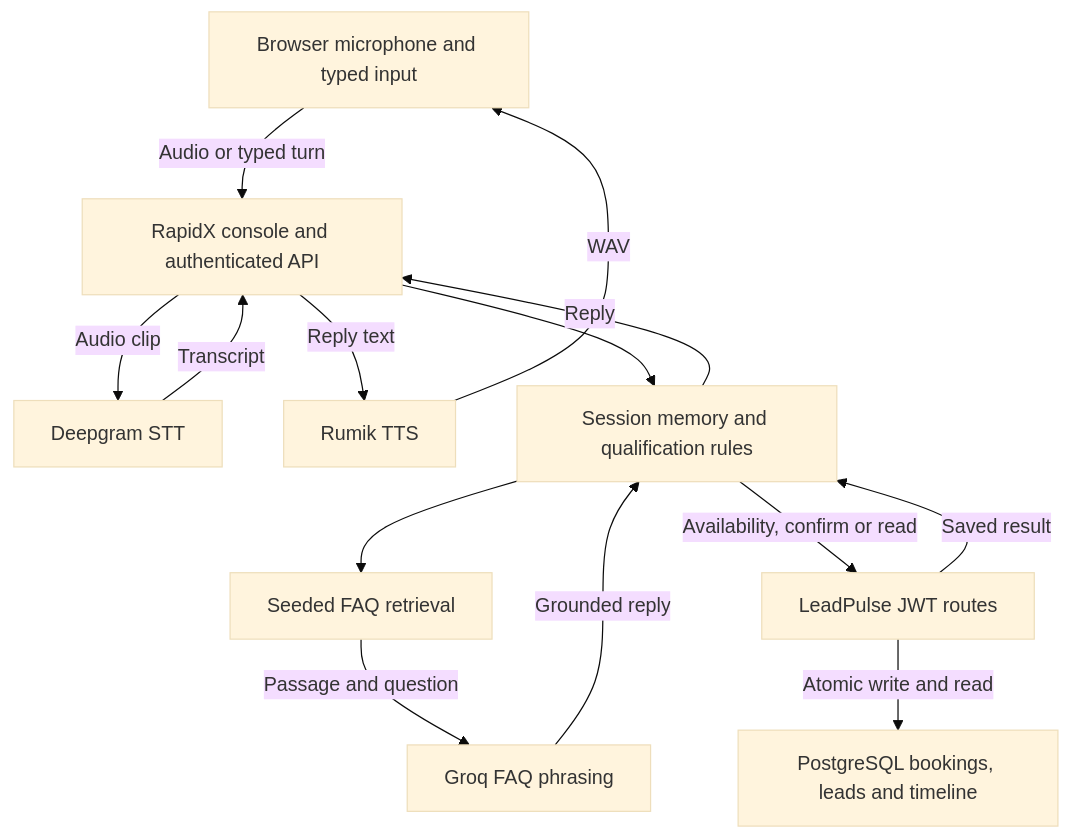
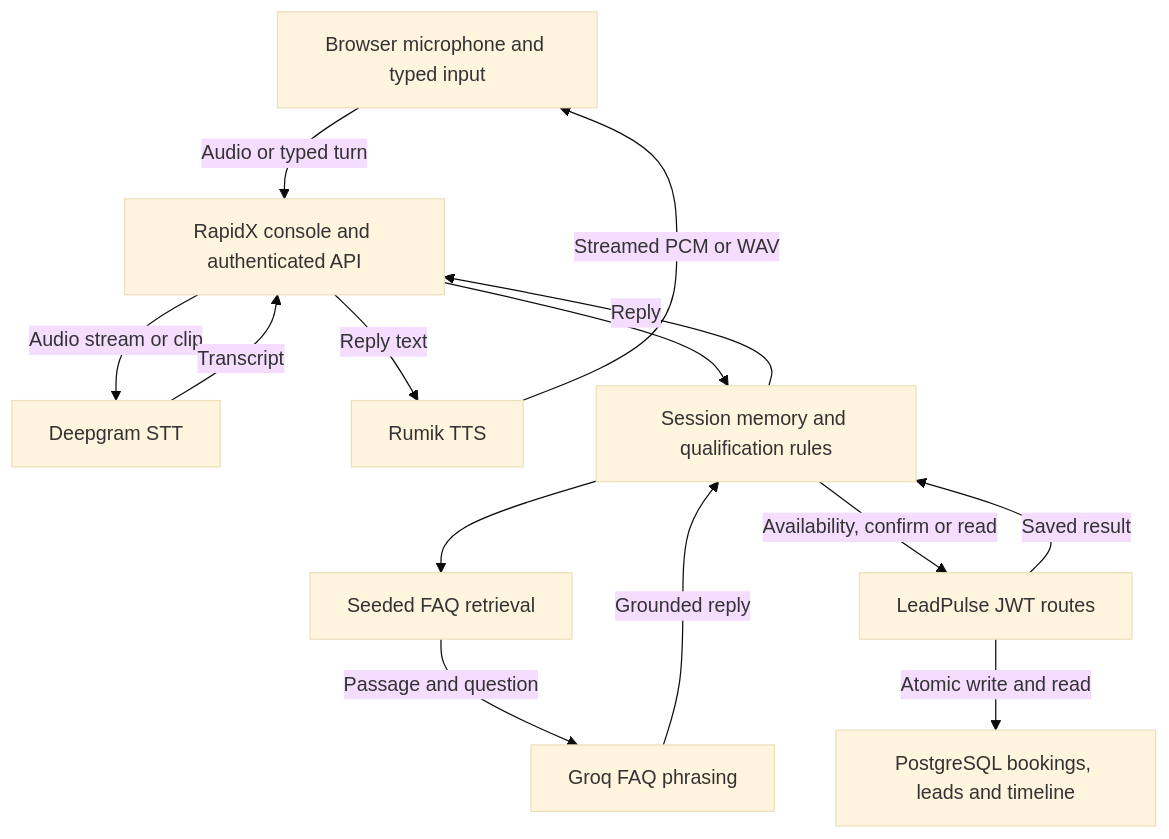
Before and after one commit to Ankii04/FlowDesk: the first of 2 diagrams in docs/architecture.md, drawn with Mermaid (base theme). The commit also changed other lines of this file and 25 other files, not shown here.

Commit message:
Harden FlowDesk voice sessions and CRM handoff

````diff
--- a/docs/architecture.md
+++ b/docs/architecture.md
@@ -7,25 +7,25 @@
 ```mermaid
 flowchart TB
   B["Browser microphone and typed input"]
   R["RapidX console and authenticated API"]
   D["Deepgram STT"]
   T["Rumik TTS"]
   S["Session memory and qualification rules"]
   F["Seeded FAQ retrieval"]
   G["Groq FAQ phrasing"]
   C["LeadPulse JWT routes"]
   P["PostgreSQL bookings, leads and timeline"]
   B -->|"Audio or typed turn"| R
-  R -->|"Audio clip"| D
+  R -->|"Audio stream or clip"| D
   D -->|"Transcript"| R
   R --> S
   S --> F
   F -->|"Passage and question"| G
   G -->|"Grounded reply"| S
   S -->|"Reply"| R
   R -->|"Reply text"| T
-  T -->|"WAV"| B
+  T -->|"Streamed PCM or WAV"| B
   S -->|"Availability, confirm or read"| C
   C -->|"Atomic write and read"| P
   C -->|"Saved result"| S
 ```
````
